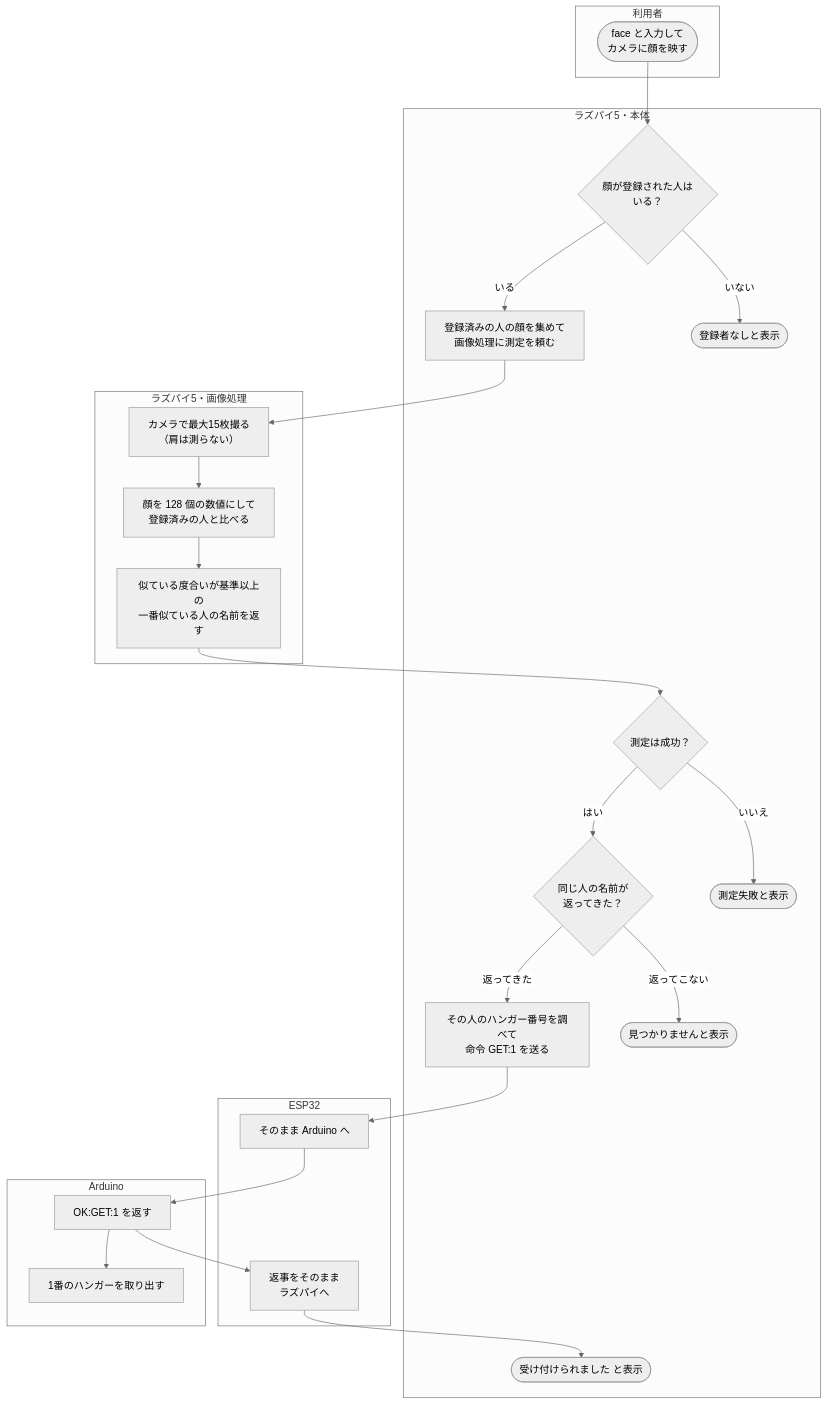
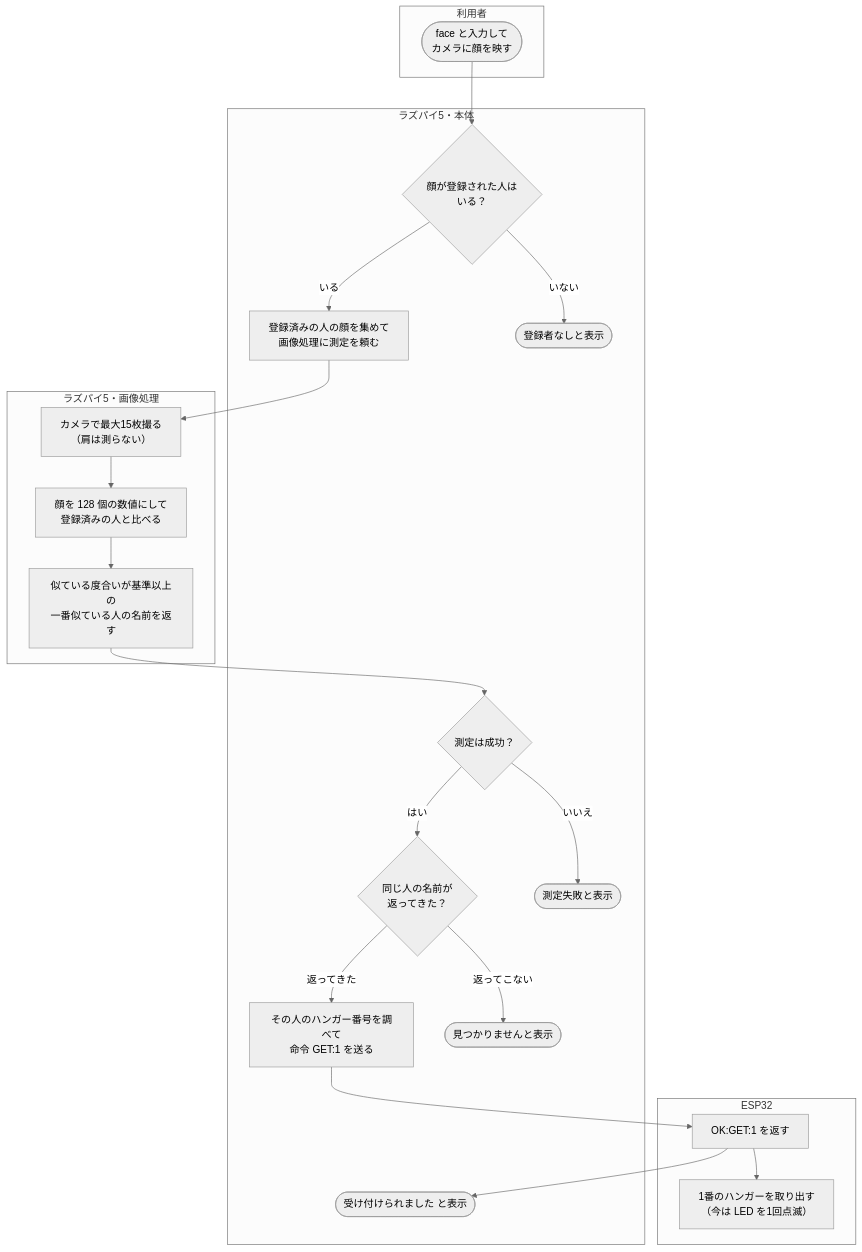
The second of 2 diagrams in FLOW.md (NUMAyu-stu/Hanger-system-forAll), drawn with Mermaid (neutral theme) before and after one commit. The commit also changed other lines of this file and 19 other files, not shown here.

````diff
--- a/FLOW.md
+++ b/FLOW.md
@@ -98,42 +92,38 @@
 ```mermaid
 flowchart TD
   subgraph U["利用者"]
     A(["face と入力して<br/>カメラに顔を映す"])
   end
   subgraph B["ラズパイ5・本体"]
     B1{"顔が登録された人は<br/>いる？"}
     B2["登録済みの人の顔を集めて<br/>画像処理に測定を頼む"]
     B3{"測定は成功？"}
     B4{"同じ人の名前が<br/>返ってきた？"}
     B5["その人のハンガー番号を調べて<br/>命令 GET:1 を送る"]
     B6(["受け付けられました と表示"])
     X1(["登録者なしと表示"])
     X2(["測定失敗と表示"])
     X3(["見つかりませんと表示"])
   end
   subgraph V["ラズパイ5・画像処理"]
     V1["カメラで最大15枚撮る<br/>（肩は測らない）"]
     V2["顔を 128 個の数値にして<br/>登録済みの人と比べる"]
     V3["似ている度合いが基準以上の<br/>一番似ている人の名前を返す"]
   end
   subgraph E["ESP32"]
-    E1["そのまま Arduino へ"]
-    E2["返事をそのまま<br/>ラズパイへ"]
-  end
-  subgraph R["Arduino"]
-    R1["OK:GET:1 を返す"]
-    R2["1番のハンガーを取り出す"]
+    E1["OK:GET:1 を返す"]
+    E2["1番のハンガーを取り出す<br/>（今は LED を1回点滅）"]
   end
 
   A --> B1
   B1 -- いない --> X1
   B1 -- いる --> B2
   B2 --> V1 --> V2 --> V3
   V3 --> B3
   B3 -- いいえ --> X2
   B3 -- はい --> B4
   B4 -- 返ってこない --> X3
   B4 -- 返ってきた --> B5
-  B5 --> E1 --> R1 --> R2
-  R1 --> E2 --> B6
+  B5 --> E1 --> E2
+  E1 --> B6
 ```
````
